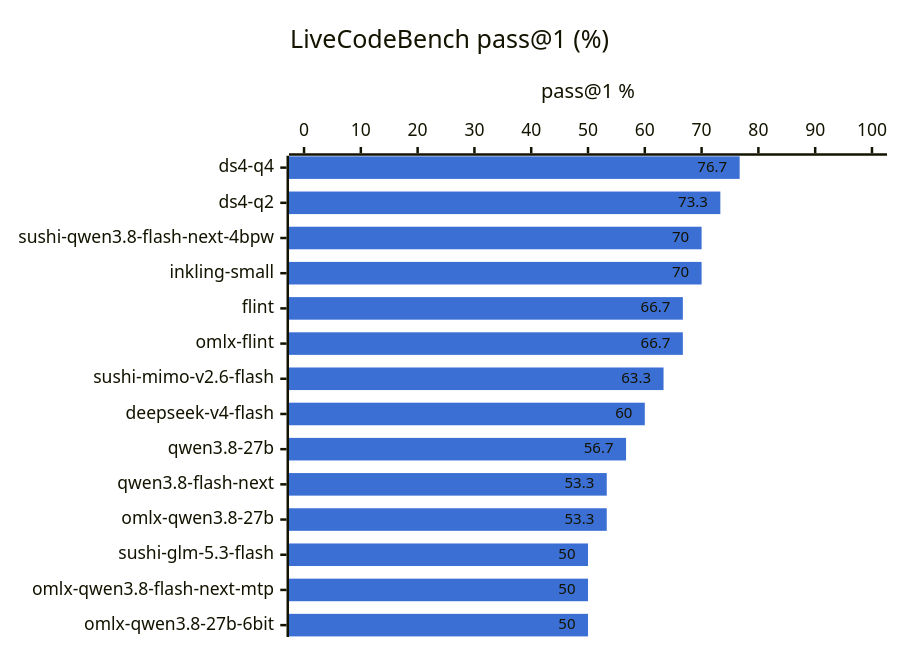
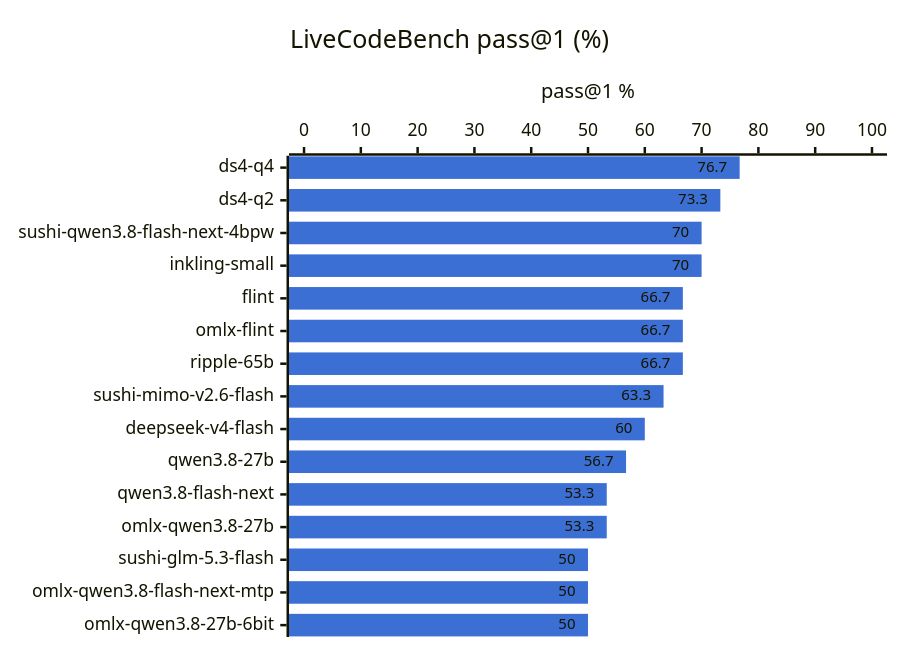
Before and after one commit to hofftodd/ai-bench: the first of 2 diagrams in RESULTS-mac.md, drawn with Mermaid. The commit also changed other lines of this file and 6 other files, not shown here.

````diff
--- a/RESULTS-mac.md
+++ b/RESULTS-mac.md
@@ -13,8 +13,8 @@
 ```mermaid
 %%{init: {"xyChart": {"showDataLabel": true}, "themeVariables": {"xyChart": {"plotColorPalette": "#3b6fd4"}}}}%%
 xychart-beta horizontal
     title "LiveCodeBench pass@1 (%)"
-    x-axis ["ds4-q4", "ds4-q2", "sushi-qwen3.8-flash-next-4bpw", "inkling-small", "flint", "omlx-flint", "sushi-mimo-v2.6-flash", "deepseek-v4-flash", "qwen3.8-27b", "qwen3.8-flash-next", "omlx-qwen3.8-27b", "sushi-glm-5.3-flash", "omlx-qwen3.8-flash-next-mtp", "omlx-qwen3.8-27b-6bit"]
+    x-axis ["ds4-q4", "ds4-q2", "sushi-qwen3.8-flash-next-4bpw", "inkling-small", "flint", "omlx-flint", "ripple-65b", "sushi-mimo-v2.6-flash", "deepseek-v4-flash", "qwen3.8-27b", "qwen3.8-flash-next", "omlx-qwen3.8-27b", "sushi-glm-5.3-flash", "omlx-qwen3.8-flash-next-mtp", "omlx-qwen3.8-27b-6bit"]
     y-axis "pass@1 %" 0 --> 100
-    bar [76.7, 73.3, 70.0, 70.0, 66.7, 66.7, 63.3, 60.0, 56.7, 53.3, 53.3, 50.0, 50.0, 50.0]
+    bar [76.7, 73.3, 70.0, 70.0, 66.7, 66.7, 66.7, 63.3, 60.0, 56.7, 53.3, 53.3, 50.0, 50.0, 50.0]
 ```
````
